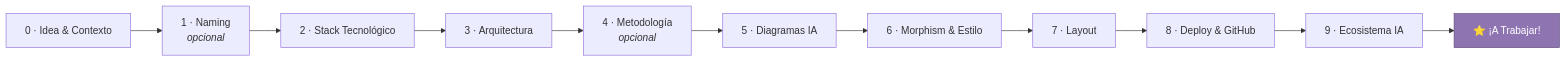
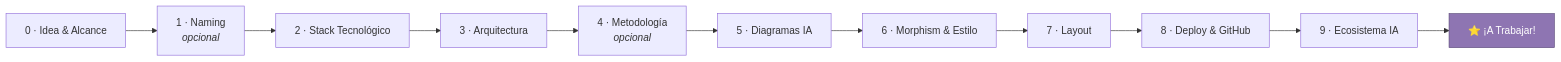
Before and after one commit to Ju4mpizel/dev-idea: the diagram in README.md, drawn with Mermaid. The commit also changed other lines of this file, not shown here.

````diff
--- a/README.md
+++ b/README.md
@@ -52,15 +57,15 @@
 ```mermaid
 flowchart LR
-    A["0 · Idea & Contexto"] --> B["1 · Naming<br/><i>opcional</i>"]
+    A["0 · Idea & Alcance"] --> B["1 · Naming<br/><i>opcional</i>"]
     B --> C["2 · Stack Tecnológico"]
     C --> D["3 · Arquitectura"]
     D --> E["4 · Metodología<br/><i>opcional</i>"]
     E --> F["5 · Diagramas IA"]
     F --> G["6 · Morphism & Estilo"]
     G --> H["7 · Layout"]
     H --> I["8 · Deploy & GitHub"]
     I --> J["9 · Ecosistema IA"]
     J --> K["⭐ ¡A Trabajar!"]
 
     style K fill:#8E75B2,stroke:#5b4a7a,color:#fff
 ```
````
